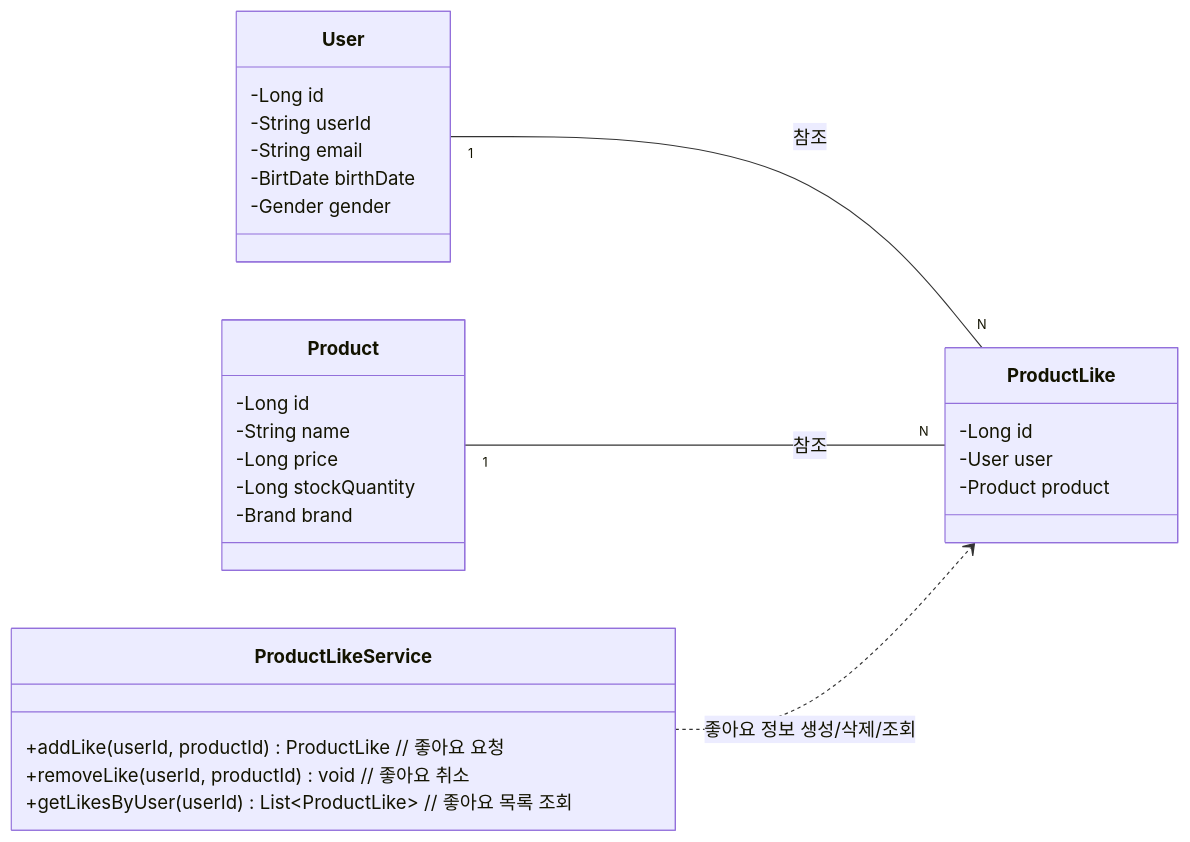
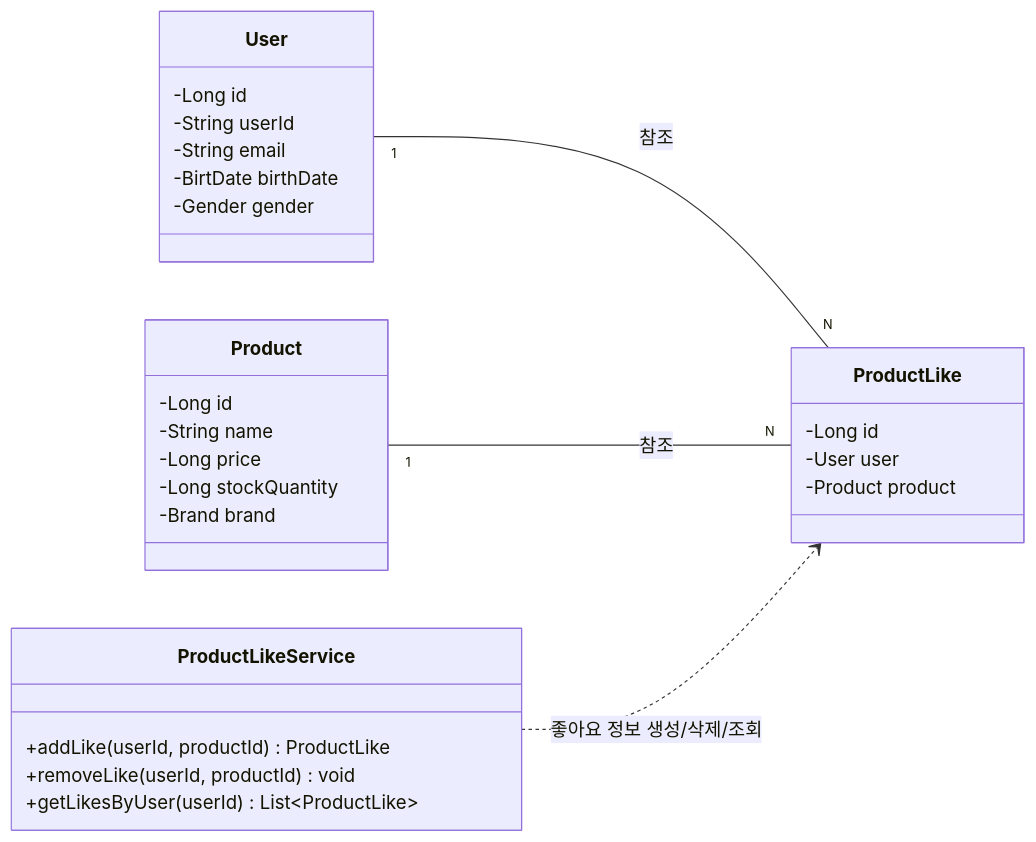
The second of 3 diagrams in docs/design/03-class-diagrams.md (connieya/gamsung-commerce), drawn with Mermaid before and after one commit. The commit also changed other lines of this file, not shown here.

Commit message:
docs : 클래스 다이어그램 수정

````diff
--- a/docs/design/03-class-diagrams.md
+++ b/docs/design/03-class-diagrams.md
@@ -106,38 +49,38 @@
 ```mermaid
 classDiagram
     direction LR
 
     class User {
         -Long id
         -String userId
         -String email
         -BirtDate birthDate
         -Gender gender
     }
 
     class Product {
         -Long id
         -String name
         -Long price
         -Long stockQuantity
         -Brand brand
     }
 
     class ProductLike {
         -Long id
         -User user
         -Product product
     }
 
     class ProductLikeService {
-        +addLike(userId, productId) ProductLike // 좋아요 요청
-        +removeLike(userId, productId) void // 좋아요 취소
-        +getLikesByUser(userId) List~ProductLike~ // 좋아요 목록 조회
+        +addLike(userId, productId) ProductLike 
+        +removeLike(userId, productId) void 
+        +getLikesByUser(userId) List~ProductLike~ 
     }
 
     User "1" -- "N" ProductLike : 참조
     Product "1" -- "N" ProductLike : 참조
 
  
     ProductLikeService ..> ProductLike : 좋아요 정보 생성/삭제/조회
 ```
````
